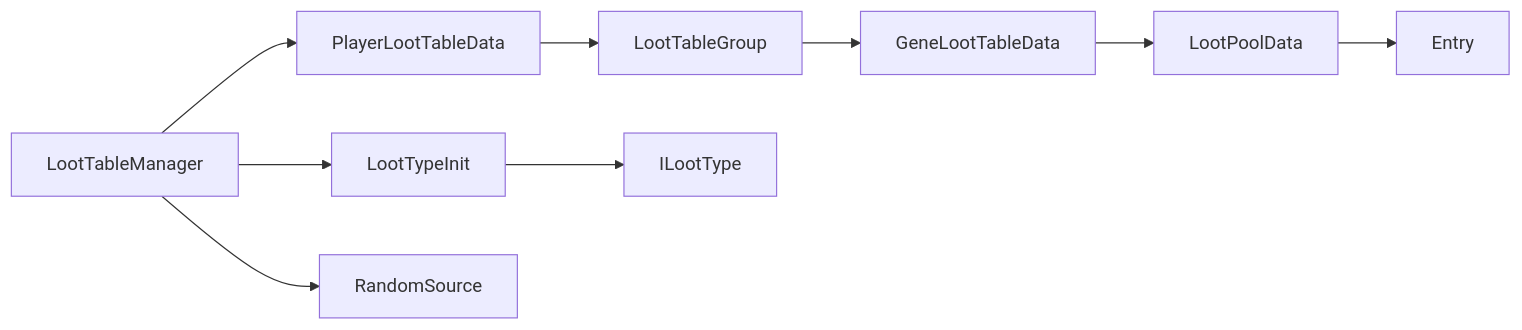
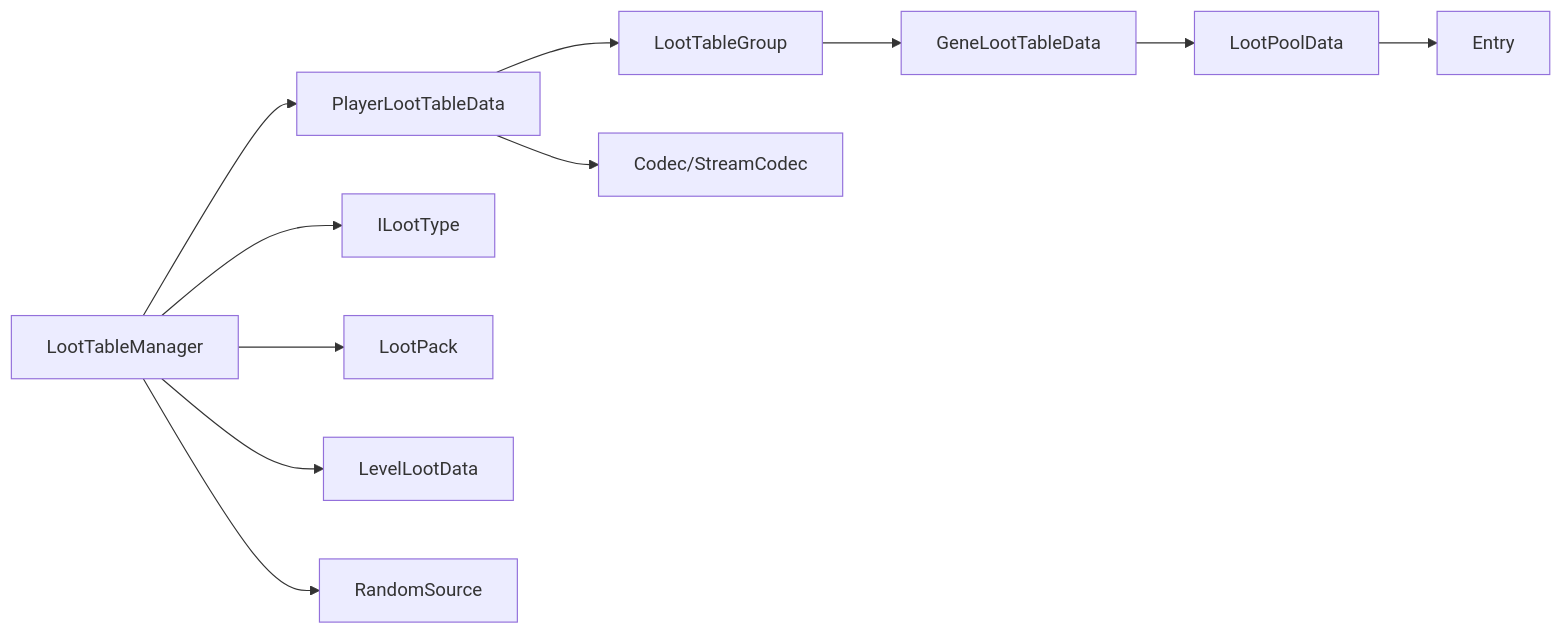
One commit to Ver-shift/SubModulesGeneHunter changed the fourth of 5 diagrams in .qoder/repowiki/zh/content/模块架构/Biotech基因科技模块/战利品系统.md. Above: the diagram before and after it, drawn with Mermaid. The commit also changed other lines of this file and 42 other files, not shown here.

````diff
--- a/.qoder/repowiki/zh/content/模块架构/Biotech基因科技模块/战利品系统.md
+++ b/.qoder/repowiki/zh/content/模块架构/Biotech基因科技模块/战利品系统.md
@@ -310,11 +319,13 @@
 ```mermaid
 graph LR
 LTM["LootTableManager"] --> PLTD["PlayerLootTableData"]
 PLTD --> LTG["LootTableGroup"]
 LTG --> GLTD["GeneLootTableData"]
 GLTD --> LPD["LootPoolData"]
 LPD --> Entry["Entry"]
-LTM --> LTI["LootTypeInit"]
-LTI --> ILT["ILootType"]
+LTM --> ILT["ILootType"]
+LTM --> LP["LootPack"]
+LTM --> LD["LevelLootData"]
 LTM --> Rnd["RandomSource"]
+PLTD --> Codec["Codec/StreamCodec"]
 ```
````
